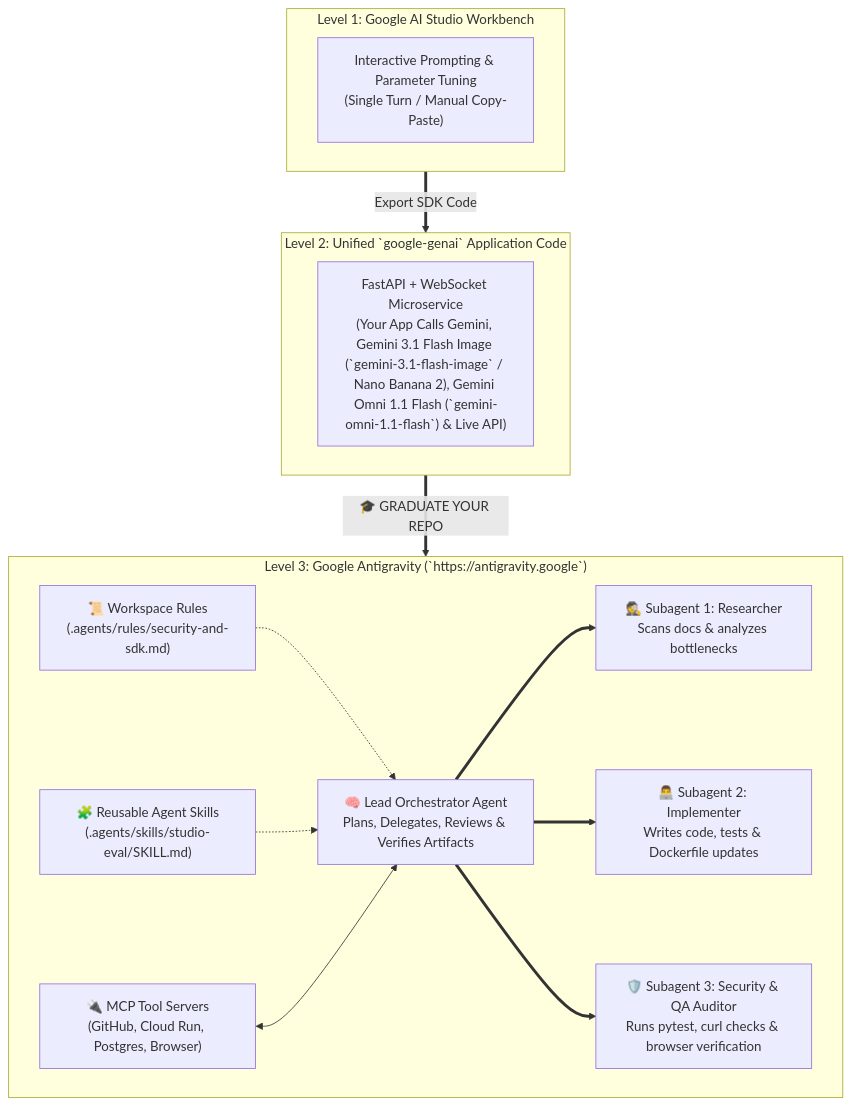
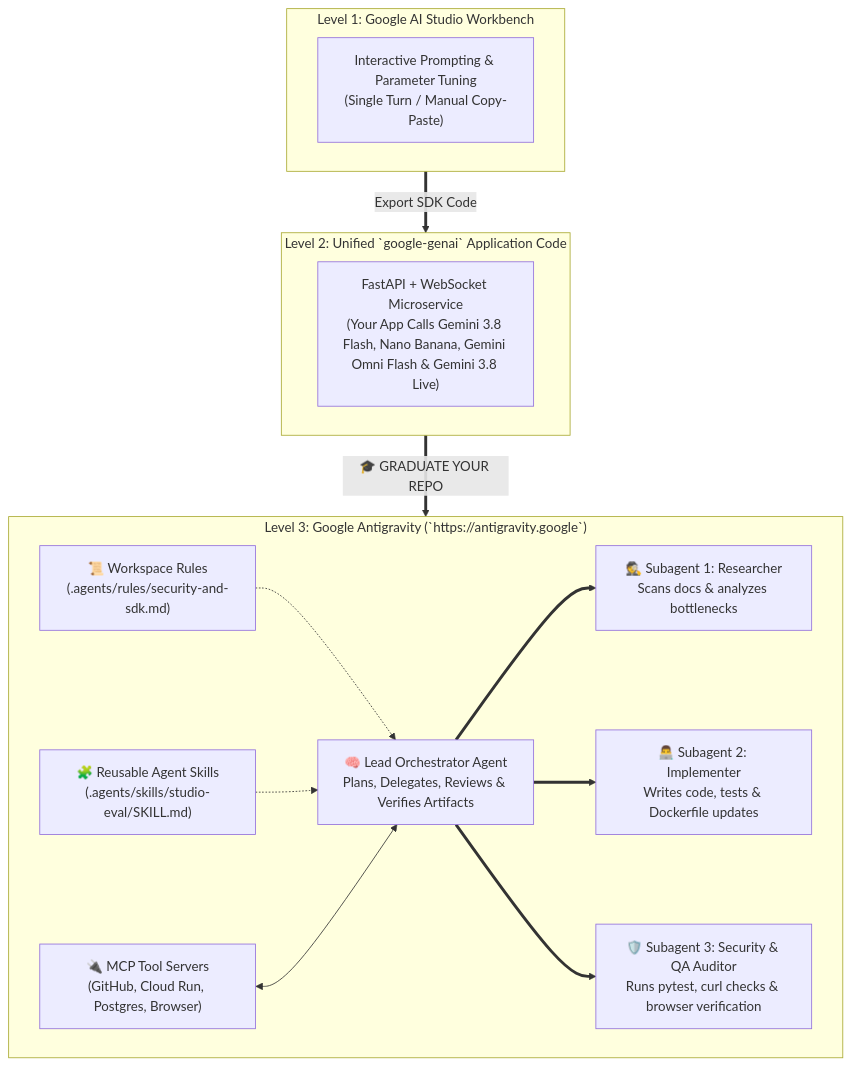
The diagram in en/surprise-finisher-graduate-to-antigravity/README.md (AllInVaders/aistudio-full-course), drawn with Mermaid before and after one commit. The commit also changed other lines of this file and 30 other files, not shown here.

Commit message:
feat: upgrade all Gemini 3.7 Flash references to Gemini 3.8 Flash (gemini-3.8-flash)

````diff
--- a/en/surprise-finisher-graduate-to-antigravity/README.md
+++ b/en/surprise-finisher-graduate-to-antigravity/README.md
@@ -27,31 +27,31 @@
 ```mermaid
 flowchart TB
     subgraph StageA["Level 1: Google AI Studio Workbench"]
         A1["Interactive Prompting & Parameter Tuning\n(Single Turn / Manual Copy-Paste)"]
     end
 
     subgraph StageB["Level 2: Unified `google-genai` Application Code"]
-        B1["FastAPI + WebSocket Microservice\n(Your App Calls Gemini, Gemini 3.1 Flash Image (`gemini-3.1-flash-image` / Nano Banana 2), Gemini Omni 1.1 Flash (`gemini-omni-1.1-flash`) & Live API)"]
+        B1["FastAPI + WebSocket Microservice\n(Your App Calls Gemini 3.8 Flash, Nano Banana, Gemini Omni Flash & Gemini 3.8 Live)"]
     end
 
     subgraph StageC["Level 3: Google Antigravity (`https://antigravity.google`)"]
         Orchestrator["🧠 Lead Orchestrator Agent\nPlans, Delegates, Reviews & Verifies Artifacts"]
         Rules["📜 Workspace Rules\n(.agents/rules/security-and-sdk.md)"]
         Skills["🧩 Reusable Agent Skills\n(.agents/skills/studio-eval/SKILL.md)"]
         MCP["🔌 MCP Tool Servers\n(GitHub, Cloud Run, Postgres, Browser)"]
 
         Sub1["🕵️ Subagent 1: Researcher\nScans docs & analyzes bottlenecks"]
         Sub2["👨‍💻 Subagent 2: Implementer\nWrites code, tests & Dockerfile updates"]
         Sub3["🛡️ Subagent 3: Security & QA Auditor\nRuns pytest, curl checks & browser verification"]
 
         Rules -.-> Orchestrator
         Skills -.-> Orchestrator
         MCP <--> Orchestrator
         Orchestrator ==> Sub1
         Orchestrator ==> Sub2
         Orchestrator ==> Sub3
     end
 
     StageA ==>|"Export SDK Code"| StageB
     StageB ==>|"🎓 GRADUATE YOUR REPO"| StageC
 ```
````
